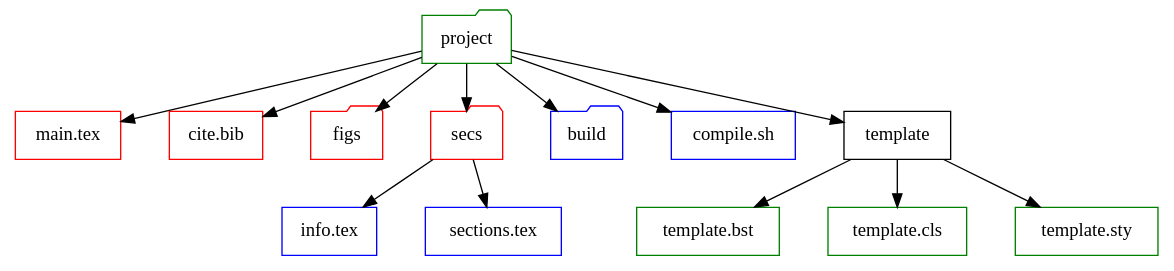
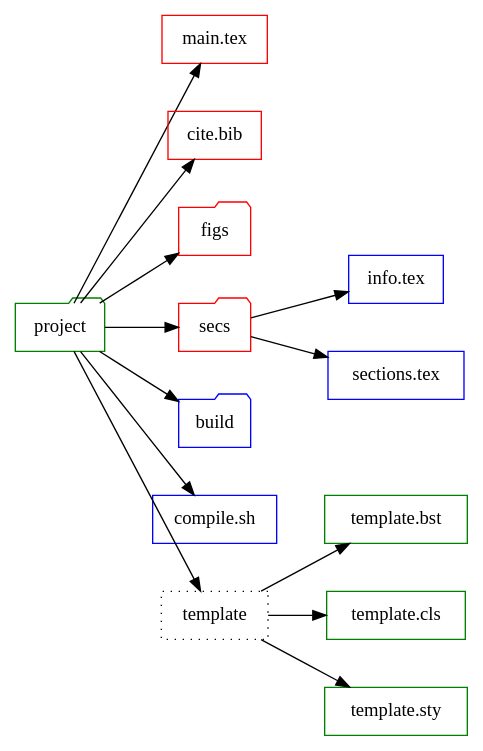
The diagram in texTemplate.org (bwtian/texTemplate), drawn with Graphviz before and after one commit. The commit also changed other lines of this file and 1 other file, not shown here.

Commit message:
- ‘.#texTemplate.org’ / ‘texTemplate.org’

```diff
--- a/texTemplate.org
+++ b/texTemplate.org
@@ -4,32 +4,32 @@
 #+BEGIN_SRC dot :file ./texTemplate.svg
   digraph {
-  //rankdir = LR
+  rankdir = LR
   fontname="Times";
   fontsize = 12;
   splines = false;
   ranksep = 0.5;
   nodesep = 0.5;
   node [shape = box]
   //1. set node
   proj [label = "project", color = green, shape="folder"]
   info [label = "info.tex", color = blue]
   secs [label = "sections.tex", color = blue]
   main [label = "main.tex", color = red]
   bib [label = "cite.bib", color = red]
   bst [label = "template.bst", color = green]
   cls [label = "template.cls", color = green]
   sty [label = "template.sty", color = green]
   fig [label = "figs", color=red, shape="folder"]
   sec [label = "secs", color=red, shape="folder"]
   build [label  = "build", color = blue, shape="folder"]
   gen [label = "compile.sh", color = blue]
-  temp [label = "template", style=dot]
+  temp [label = "template", style=dotted]
   //2. set path
 
   proj -> {fig sec main temp bib build gen}
   temp -> {cls, bst, sty}
   sec -> {info, secs}
   //3. set rank
 
   }
 #+END_SRC
```
